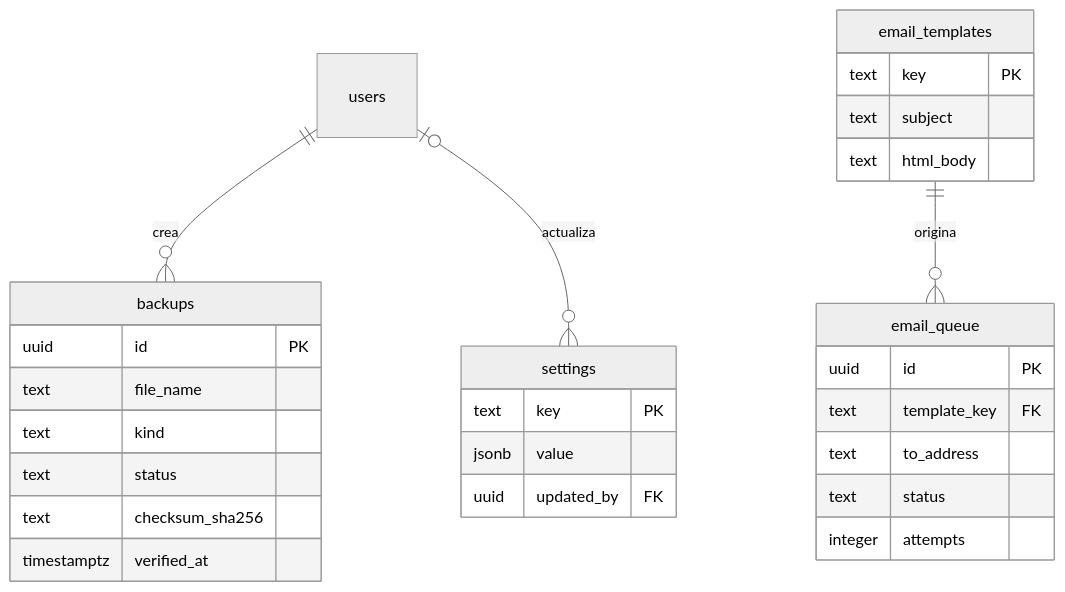
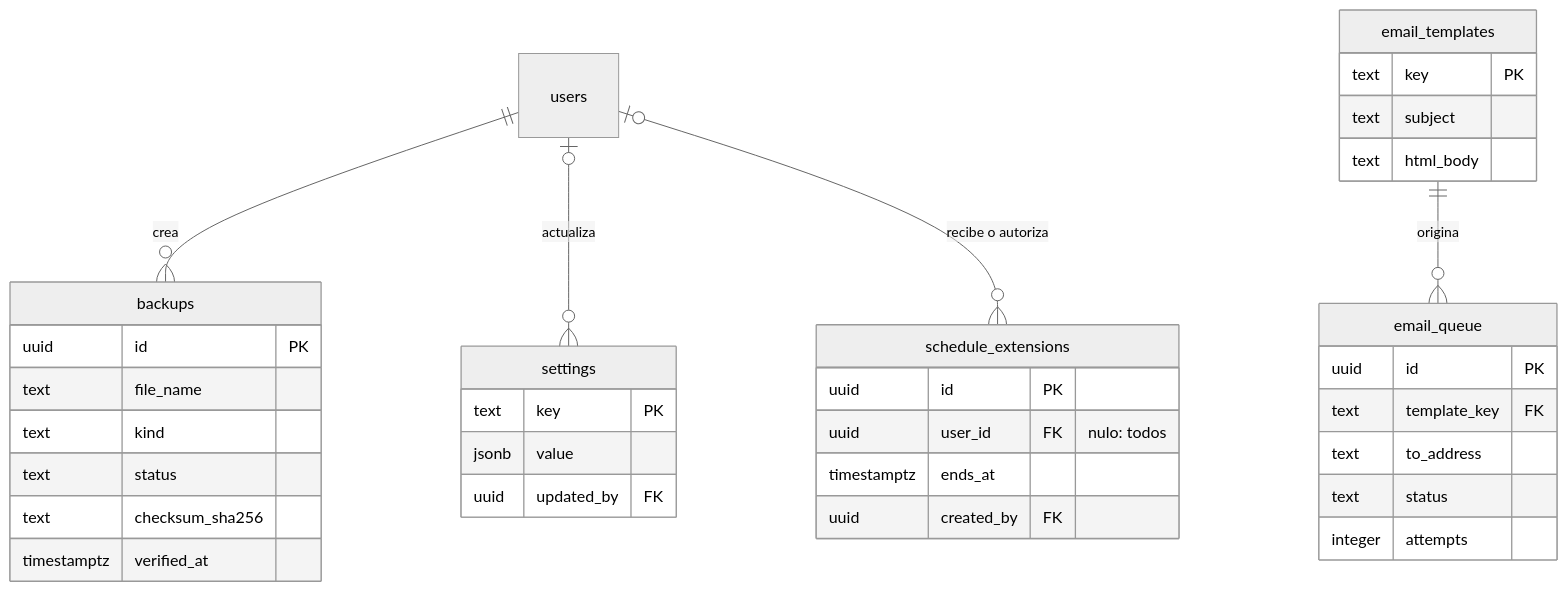
One commit to Alvinferdeveloper/licoreria changed the fourth of 4 diagrams in docs/diagrama-er.md. Above: the diagram before and after it, drawn with Mermaid (neutral theme). The commit also changed other lines of this file and 23 other files, not shown here.

````diff
--- a/docs/diagrama-er.md
+++ b/docs/diagrama-er.md
@@ -278,32 +278,39 @@
 ```mermaid
 erDiagram
     users ||--o{ backups : "crea"
     users |o--o{ settings : "actualiza"
+    users |o--o{ schedule_extensions : "recibe o autoriza"
     email_templates ||--o{ email_queue : "origina"
 
     settings {
         text key PK
         jsonb value
         uuid updated_by FK
+    }
+    schedule_extensions {
+        uuid id PK
+        uuid user_id FK "nulo: todos"
+        timestamptz ends_at
+        uuid created_by FK
     }
     backups {
         uuid id PK
         text file_name
         text kind
         text status
         text checksum_sha256
         timestamptz verified_at
     }
     email_templates {
         text key PK
         text subject
         text html_body
     }
     email_queue {
         uuid id PK
         text template_key FK
         text to_address
         text status
         integer attempts
     }
 ```
````
